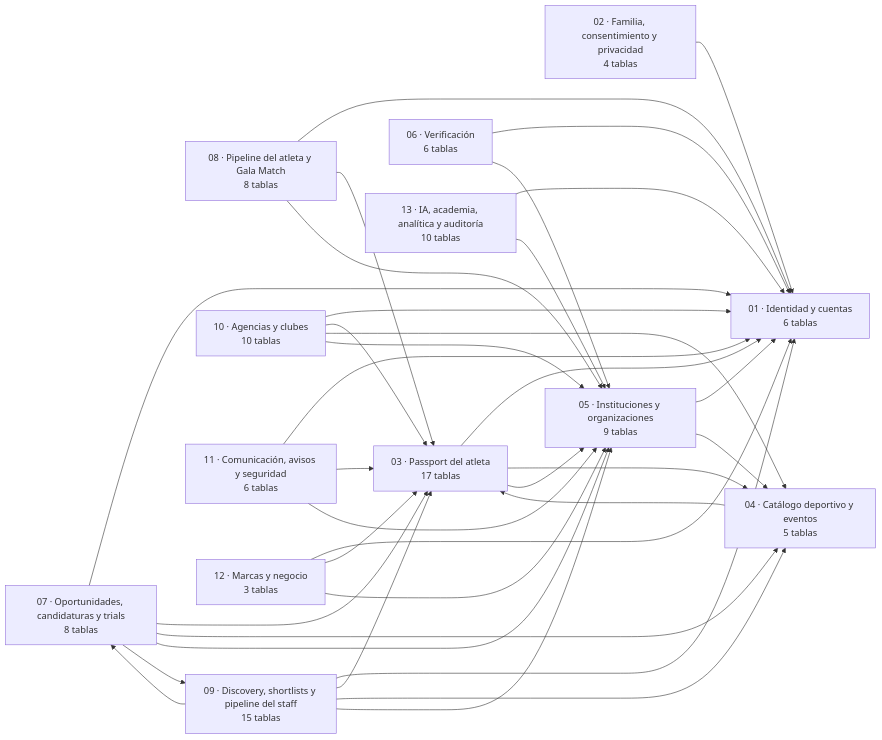
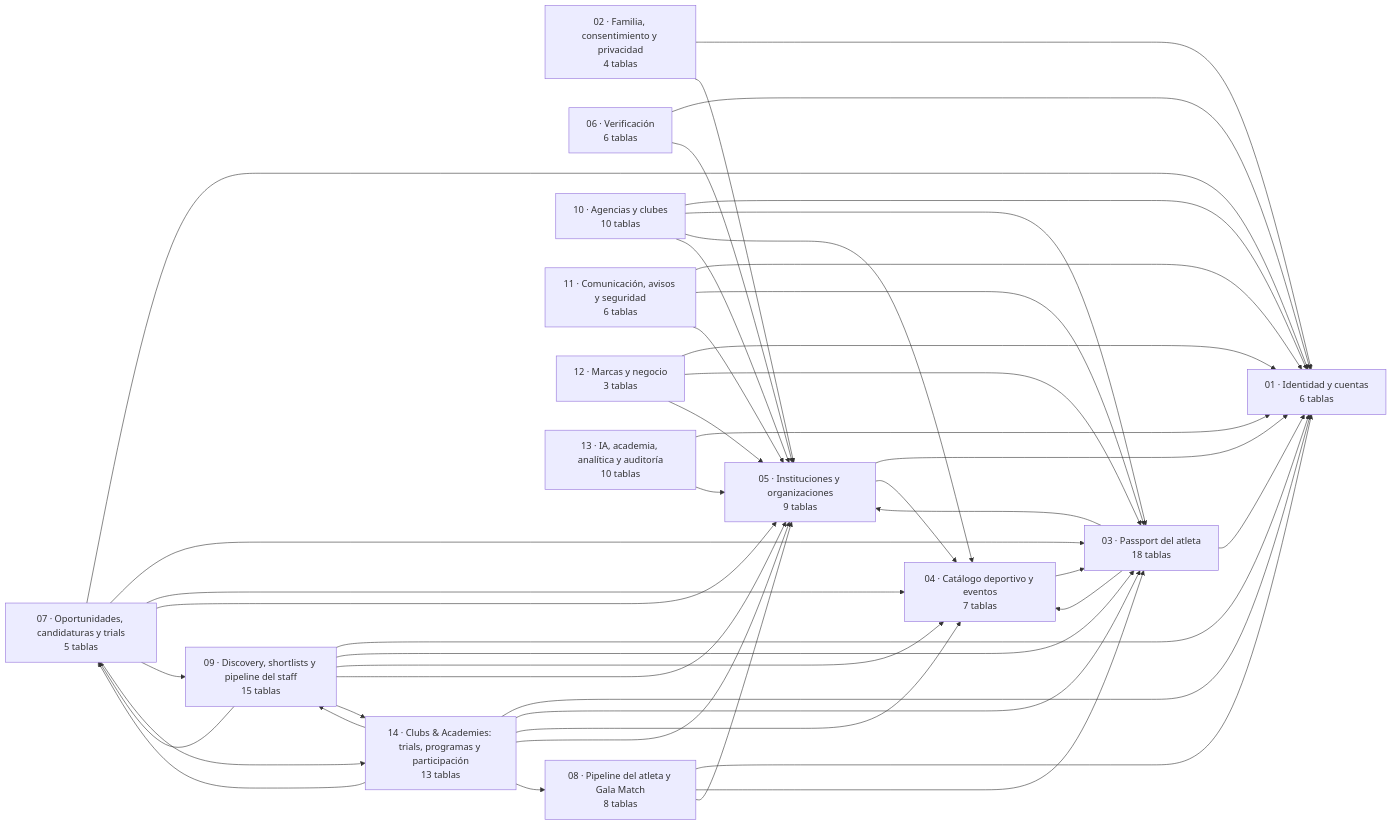
Before and after one commit to Galacamarena9/THE-GALA-ALLIANCE: the first of 2 diagrams in docs/erd/00-MASTER.md, drawn with Mermaid. The commit also changed other lines of this file and 29 other files, not shown here.

````diff
--- a/docs/erd/00-MASTER.md
+++ b/docs/erd/00-MASTER.md
@@ -13,50 +13,61 @@
 ```mermaid
 flowchart LR
   D01["01 · Identidad y cuentas<br>6 tablas"]
   D02["02 · Familia, consentimiento y privacidad<br>4 tablas"]
-  D03["03 · Passport del atleta<br>17 tablas"]
-  D04["04 · Catálogo deportivo y eventos<br>5 tablas"]
+  D03["03 · Passport del atleta<br>18 tablas"]
+  D04["04 · Catálogo deportivo y eventos<br>7 tablas"]
   D05["05 · Instituciones y organizaciones<br>9 tablas"]
   D06["06 · Verificación<br>6 tablas"]
-  D07["07 · Oportunidades, candidaturas y trials<br>8 tablas"]
+  D07["07 · Oportunidades, candidaturas y trials<br>5 tablas"]
   D08["08 · Pipeline del atleta y Gala Match<br>8 tablas"]
   D09["09 · Discovery, shortlists y pipeline del staff<br>15 tablas"]
   D10["10 · Agencias y clubes<br>10 tablas"]
   D11["11 · Comunicación, avisos y seguridad<br>6 tablas"]
   D12["12 · Marcas y negocio<br>3 tablas"]
   D13["13 · IA, academia, analítica y auditoría<br>10 tablas"]
+  D14["14 · Clubs & Academies: trials, programas y participación<br>13 tablas"]
   D02 --> D01
+  D02 --> D05
   D03 --> D01
   D03 --> D04
   D03 --> D05
   D04 --> D03
   D05 --> D01
   D05 --> D04
   D06 --> D01
   D06 --> D05
   D07 --> D01
   D07 --> D03
   D07 --> D04
   D07 --> D05
   D07 --> D09
+  D07 --> D14
   D08 --> D01
   D08 --> D03
   D08 --> D05
   D09 --> D01
   D09 --> D03
   D09 --> D04
   D09 --> D05
   D09 --> D07
+  D09 --> D14
   D10 --> D01
   D10 --> D03
   D10 --> D04
   D10 --> D05
   D11 --> D01
   D11 --> D03
   D11 --> D05
   D12 --> D01
   D12 --> D03
   D12 --> D05
+  D14 --> D01
+  D14 --> D03
+  D14 --> D04
+  D14 --> D05
+  D14 --> D07
+  D14 --> D08
+  D14 --> D09
   D13 --> D01
   D13 --> D05
 ```
````
